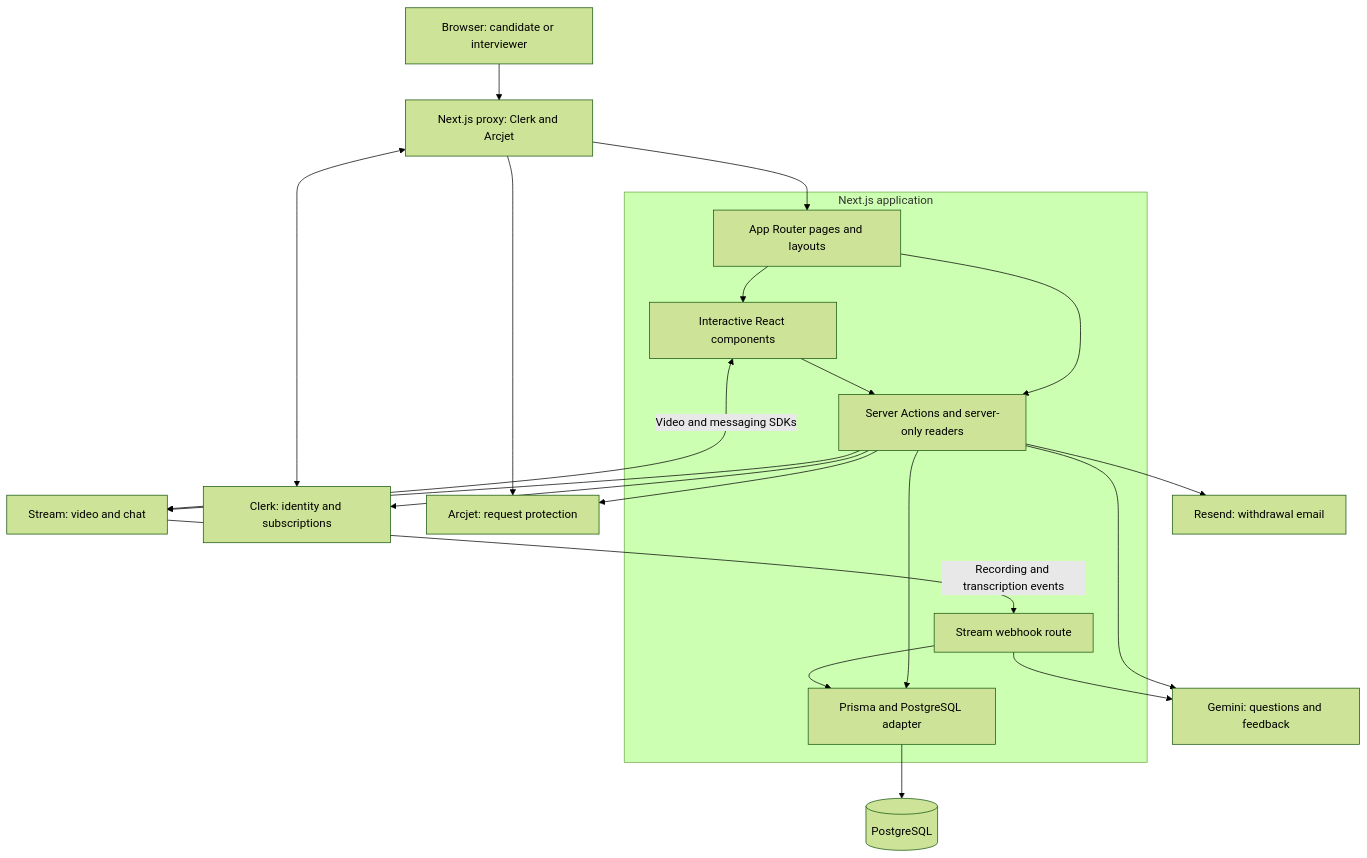
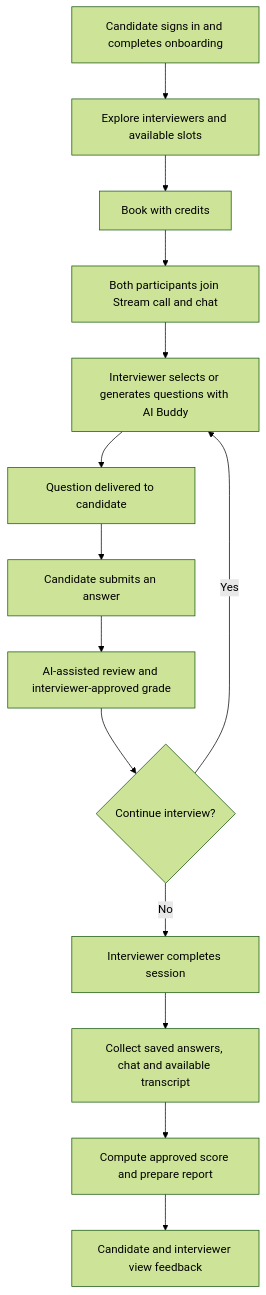
Before and after one commit to shaurya2425/AI_INTERVIEW_PLATFORM: the first of 5 diagrams in README.md, drawn with Mermaid (forest theme). The commit also changed other lines of this file, not shown here.

````diff
--- a/README.md
+++ b/README.md
@@ -85,35 +112,16 @@
 ```mermaid
-flowchart TB
-    Browser[Browser: candidate or interviewer]
-    Proxy[Next.js proxy: Clerk and Arcjet]
-    subgraph App[Next.js application]
-        Pages[App Router pages and layouts]
-        UI[Interactive React components]
-        Actions[Server Actions and server-only readers]
-        Webhook[Stream webhook route]
-        Prisma[Prisma and PostgreSQL adapter]
-    end
-    Clerk[Clerk: identity and subscriptions]
-    Arcjet[Arcjet: request protection]
-    Stream[Stream: video and chat]
-    Gemini[Gemini: questions and feedback]
-    Resend[Resend: withdrawal email]
-    DB[(PostgreSQL)]
-    Browser --> Proxy --> Pages
-    Proxy <--> Clerk
-    Proxy --> Arcjet
-    Pages --> UI
-    Pages --> Actions
-    UI --> Actions
-    Actions --> Clerk
-    Actions --> Arcjet
-    Actions --> Prisma
-    Prisma --> DB
-    Actions --> Stream
-    UI <-->|Video and messaging SDKs| Stream
-    Actions --> Gemini
-    Actions --> Resend
-    Stream -->|Recording and transcription events| Webhook
-    Webhook --> Gemini
-    Webhook --> Prisma
+flowchart TD
+    A[Candidate signs in and completes onboarding] --> B[Explore interviewers and available slots]
+    B --> C[Book with credits]
+    C --> D[Both participants join Stream call and chat]
+    D --> E[Interviewer selects or generates questions with AI Buddy]
+    E --> F[Question delivered to candidate]
+    F --> G[Candidate submits an answer]
+    G --> H[AI-assisted review and interviewer-approved grade]
+    H --> I{Continue interview?}
+    I -->|Yes| E
+    I -->|No| J[Interviewer completes session]
+    J --> K[Collect saved answers, chat and available transcript]
+    K --> L[Compute approved score and prepare report]
+    L --> M[Candidate and interviewer view feedback]
 ```
````
